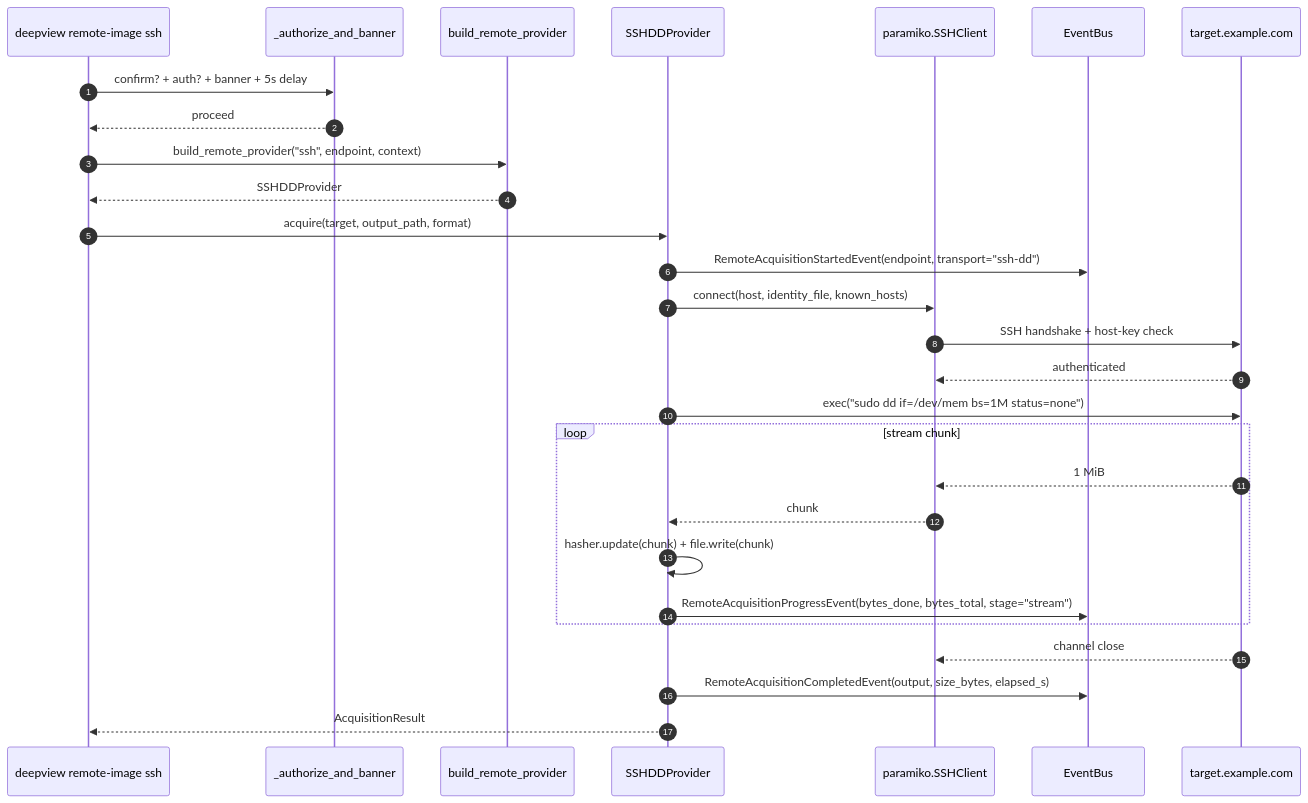
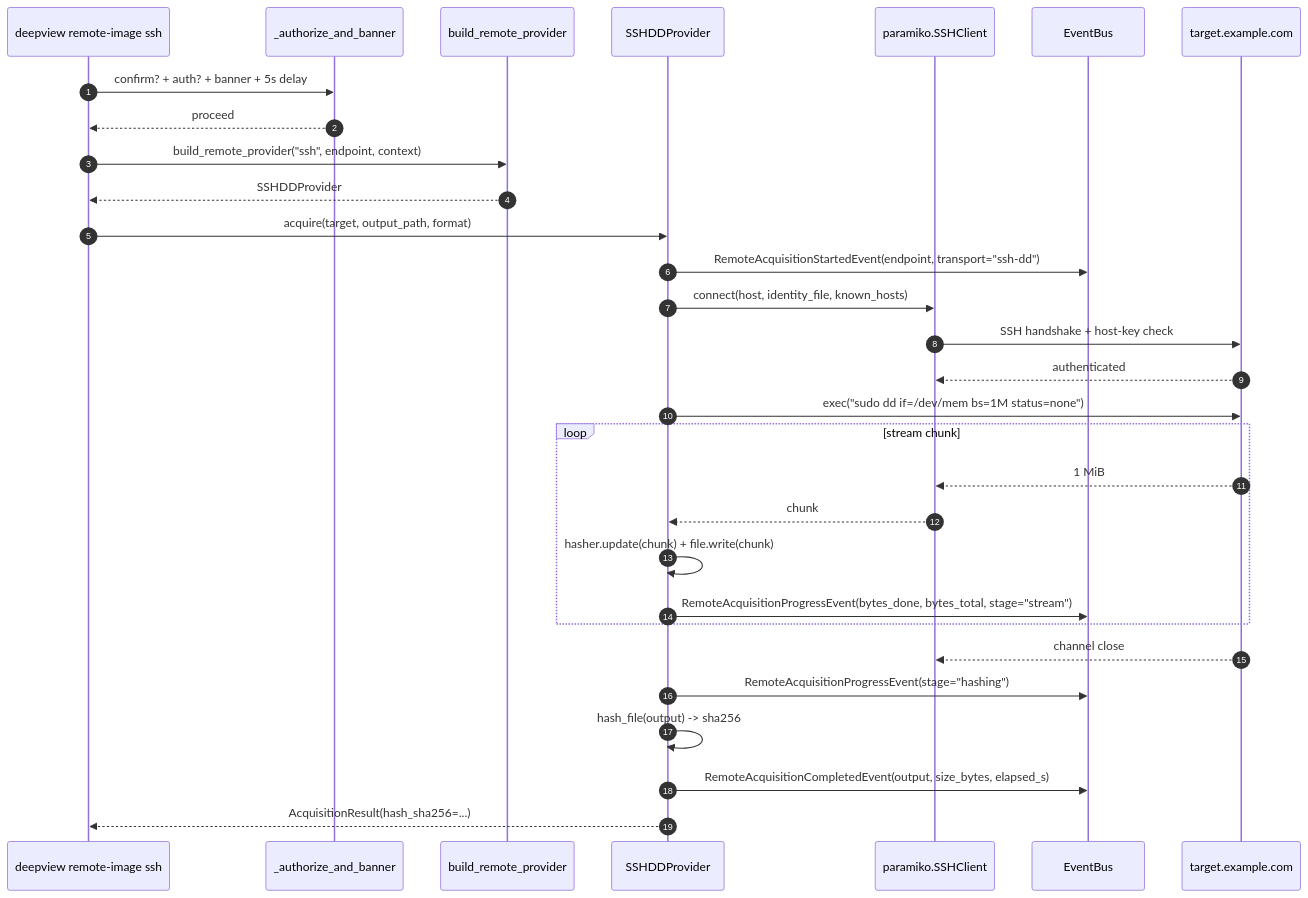
One commit to sonoransun/deepview changed the diagram in docs/guides/remote-acquire-ssh.md. Above: the diagram before and after it, drawn with Mermaid. The commit also changed other lines of this file and 17 other files, not shown here.

````diff
--- a/docs/guides/remote-acquire-ssh.md
+++ b/docs/guides/remote-acquire-ssh.md
@@ -115,30 +115,32 @@
 ```mermaid
 sequenceDiagram
     autonumber
     participant CLI as deepview remote-image ssh
     participant GATE as _authorize_and_banner
     participant FAC as build_remote_provider
     participant SSH as SSHDDProvider
     participant NET as paramiko.SSHClient
     participant BUS as EventBus
     participant TGT as target.example.com
     CLI->>GATE: confirm? + auth? + banner + 5s delay
     GATE-->>CLI: proceed
     CLI->>FAC: build_remote_provider("ssh", endpoint, context)
     FAC-->>CLI: SSHDDProvider
     CLI->>SSH: acquire(target, output_path, format)
     SSH->>BUS: RemoteAcquisitionStartedEvent(endpoint, transport="ssh-dd")
     SSH->>NET: connect(host, identity_file, known_hosts)
     NET->>TGT: SSH handshake + host-key check
     TGT-->>NET: authenticated
     SSH->>TGT: exec("sudo dd if=/dev/mem bs=1M status=none")
     loop stream chunk
         TGT-->>NET: 1 MiB
         NET-->>SSH: chunk
         SSH->>SSH: hasher.update(chunk) + file.write(chunk)
         SSH->>BUS: RemoteAcquisitionProgressEvent(bytes_done, bytes_total, stage="stream")
     end
     TGT-->>NET: channel close
+    SSH->>BUS: RemoteAcquisitionProgressEvent(stage="hashing")
+    SSH->>SSH: hash_file(output) -> sha256
     SSH->>BUS: RemoteAcquisitionCompletedEvent(output, size_bytes, elapsed_s)
-    SSH-->>CLI: AcquisitionResult
+    SSH-->>CLI: AcquisitionResult(hash_sha256=...)
 ```
````
